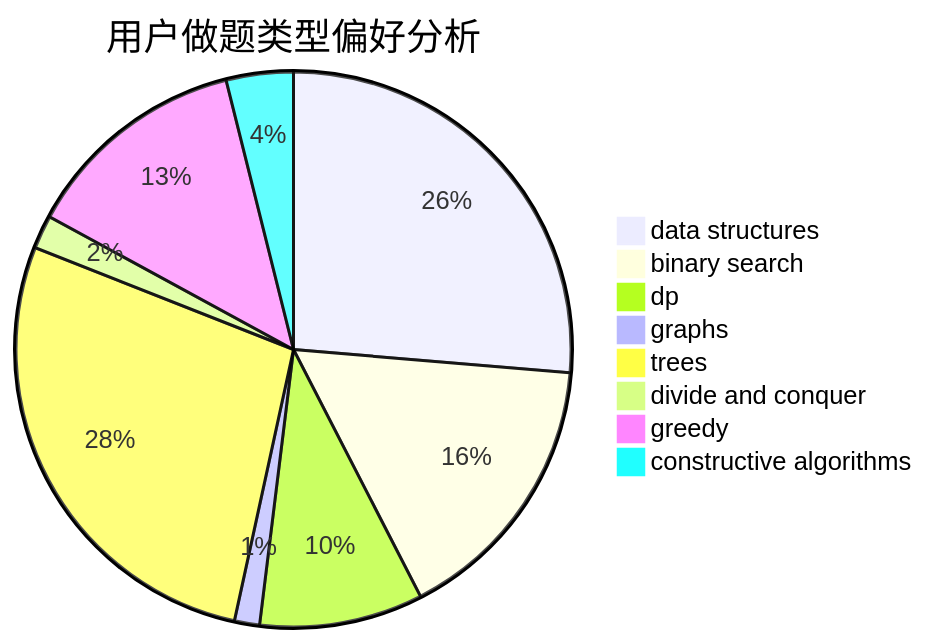
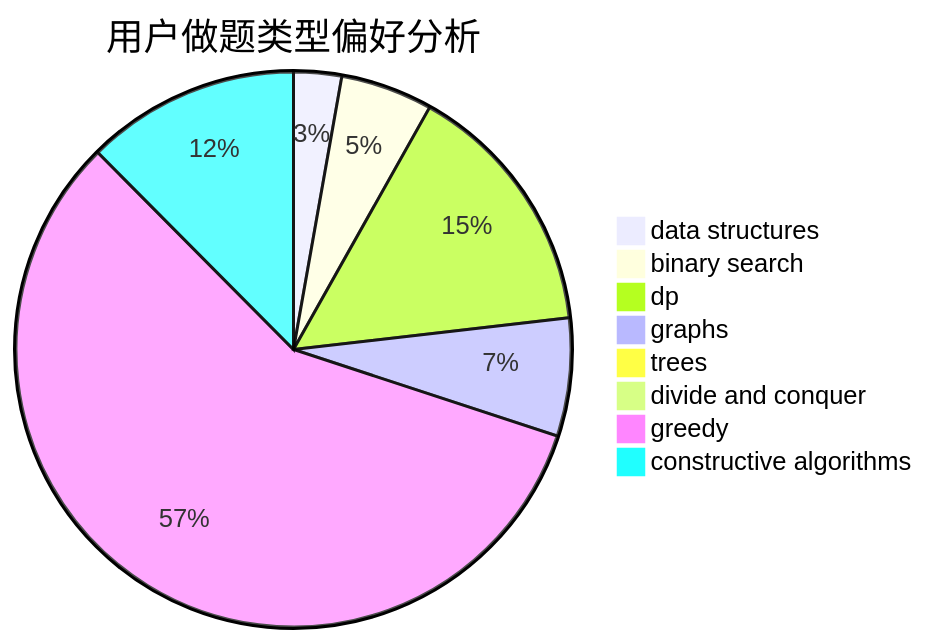
Before and after one commit to sherpahu/cfrs.github.io: the second of 3 diagrams in docs/user/u940.md, drawn with Mermaid. The commit also changed other lines of this file and 2770 other files, not shown here.

````diff
--- a/docs/user/u940.md
+++ b/docs/user/u940.md
@@ -23,11 +23,11 @@
 ```mermaid
 pie title 用户做题类型偏好分析
-    "data structures" :  108
-    "binary search" :  66
-    "dp" :  39
-    "graphs" :  6
-    "trees" :  113
-    "divide and conquer" :  8
-    "greedy" :  54
-    "constructive algorithms" :  16
+    "data structures" :  13
+    "binary search" :  25
+    "dp" :  70
+    "graphs" :  32
+    "trees" :  3
+    "divide and conquer" :  1
+    "greedy" :  268
+    "constructive algorithms" :  58
 ```
````
